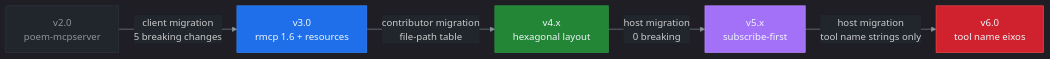
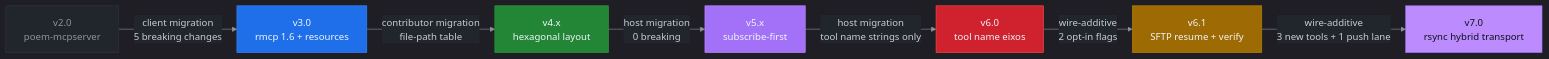
Before and after one commit to farchanjo/ssh-mcp: the first of 2 diagrams in docs/MIGRATION.md, drawn with Mermaid. The commit also changed other lines of this file and 9 other files, not shown here.

````diff
--- a/docs/MIGRATION.md
+++ b/docs/MIGRATION.md
@@ -5,20 +5,26 @@
 ```mermaid
 %%{init: {'theme':'dark','themeVariables':{'primaryColor':'#1f6feb','primaryTextColor':'#f0f6fc','primaryBorderColor':'#388bfd','lineColor':'#8b949e','secondaryColor':'#161b22','tertiaryColor':'#21262d','background':'#0d1117','mainBkg':'#161b22','secondBkg':'#21262d','tertiaryBkg':'#0d1117','nodeTextColor':'#f0f6fc','edgeLabelBackground':'#21262d','clusterBkg':'#161b22','clusterBorder':'#30363d','titleColor':'#f0f6fc'}}}%%
 flowchart LR
     V2["v2.0<br/>poem-mcpserver"]
     V3["v3.0<br/>rmcp 1.6 + resources"]
     V4["v4.x<br/>hexagonal layout"]
     V5["v5.x<br/>subscribe-first"]
     V6["v6.0<br/>tool name eixos"]
+    V61["v6.1<br/>SFTP resume + verify"]
+    V7["v7.0<br/>rsync hybrid transport"]
 
     V2 -->|client migration<br/>5 breaking changes| V3
     V3 -->|contributor migration<br/>file-path table| V4
     V4 -->|host migration<br/>0 breaking| V5
     V5 -->|host migration<br/>tool name strings only| V6
+    V6 -->|wire-additive<br/>2 opt-in flags| V61
+    V61 -->|wire-additive<br/>3 new tools + 1 push lane| V7
 
     style V2 fill:#21262d,color:#8b949e,stroke:#30363d
     style V3 fill:#1f6feb,color:#f0f6fc,stroke:#388bfd
     style V4 fill:#238636,color:#f0f6fc,stroke:#2ea043
     style V5 fill:#a371f7,color:#f0f6fc,stroke:#bc8cff
     style V6 fill:#cf222e,color:#f0f6fc,stroke:#f85149
+    style V61 fill:#9e6a03,color:#f0f6fc,stroke:#bf8700
+    style V7 fill:#bc8cff,color:#0d1117,stroke:#a371f7
 ```
````
